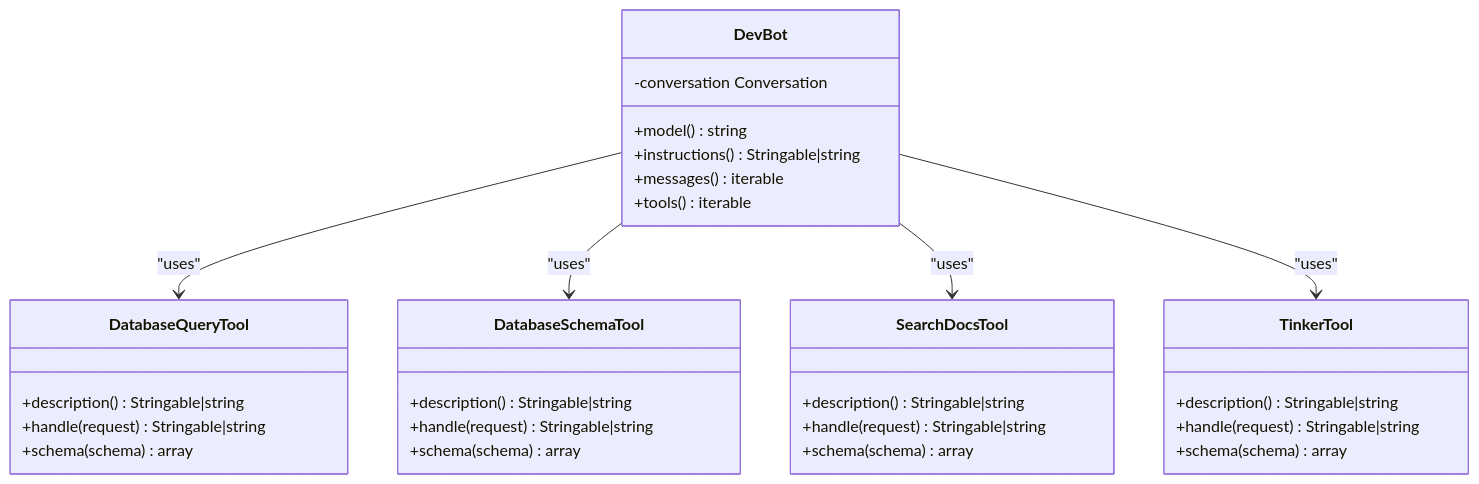
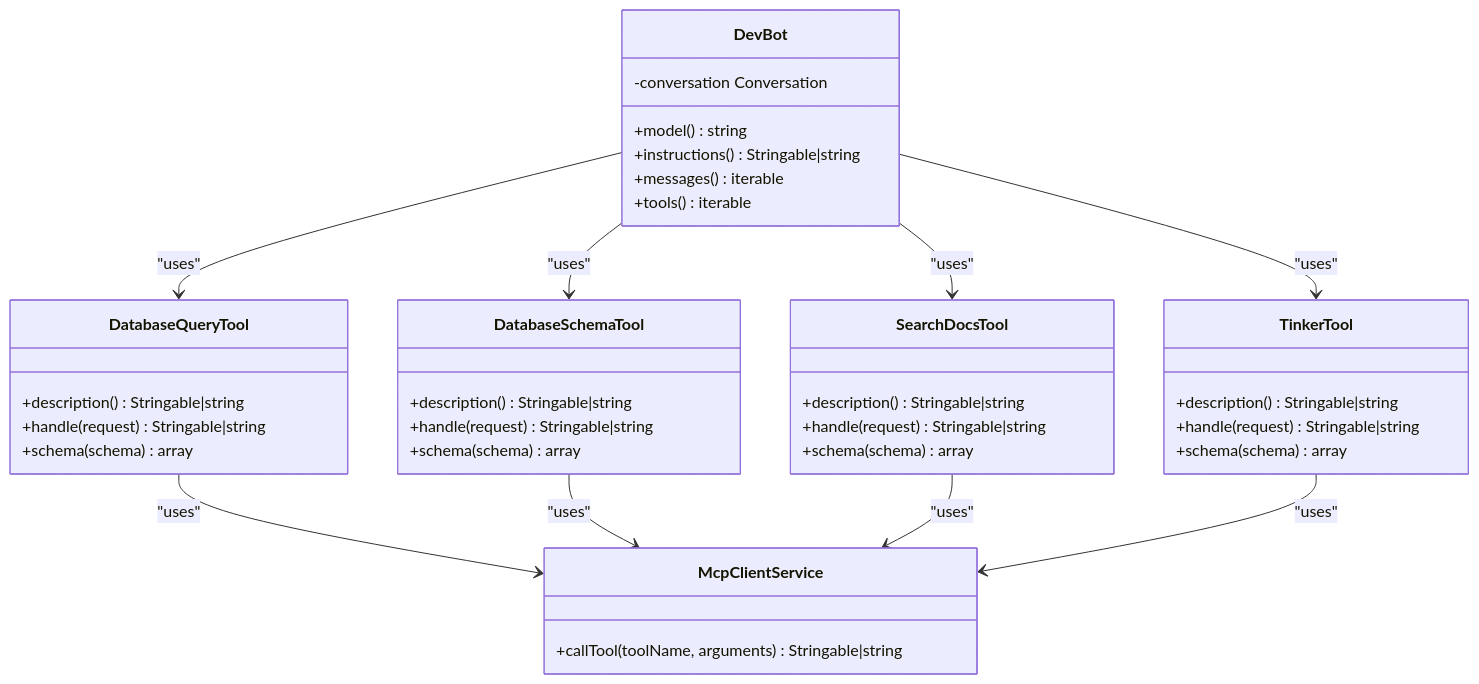
The seventh of 9 diagrams in .qoder/repowiki/en/content/Frontend Development/Chat Interface System.md (siimliimand/laravel-assistant), drawn with Mermaid before and after one commit. The commit also changed other lines of this file and 7 other files, not shown here.

First line of the commit message:
feat(mcp-client): integrate MCP protocol client service for DevBot AI agent tools

````diff
--- a/.qoder/repowiki/en/content/Frontend Development/Chat Interface System.md
+++ b/.qoder/repowiki/en/content/Frontend Development/Chat Interface System.md
@@ -373,34 +393,41 @@
 ```mermaid
 classDiagram
 class DevBot {
 +model() string
 +instructions() Stringable|string
 +messages() iterable
 +tools() iterable
 -conversation Conversation
 }
 class DatabaseQueryTool {
 +description() Stringable|string
 +handle(request) Stringable|string
 +schema(schema) array
 }
 class DatabaseSchemaTool {
 +description() Stringable|string
 +handle(request) Stringable|string
 +schema(schema) array
 }
 class SearchDocsTool {
 +description() Stringable|string
 +handle(request) Stringable|string
 +schema(schema) array
 }
 class TinkerTool {
 +description() Stringable|string
 +handle(request) Stringable|string
 +schema(schema) array
 }
+class McpClientService {
++callTool(toolName, arguments) Stringable|string
+}
 DevBot --> DatabaseQueryTool : "uses"
 DevBot --> DatabaseSchemaTool : "uses"
 DevBot --> SearchDocsTool : "uses"
 DevBot --> TinkerTool : "uses"
+DatabaseQueryTool --> McpClientService : "uses"
+DatabaseSchemaTool --> McpClientService : "uses"
+SearchDocsTool --> McpClientService : "uses"
+TinkerTool --> McpClientService : "uses"
 ```
````
